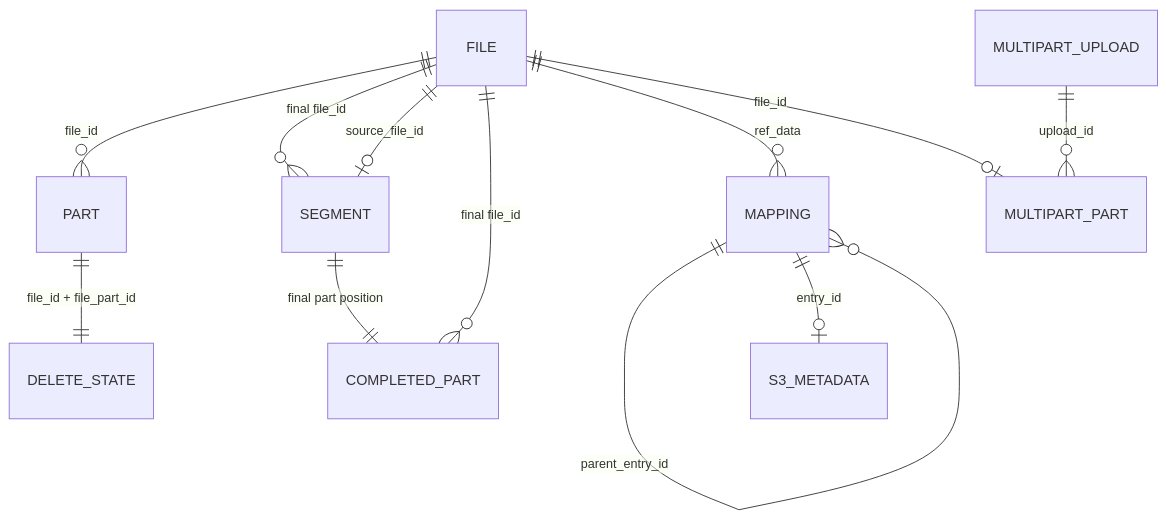
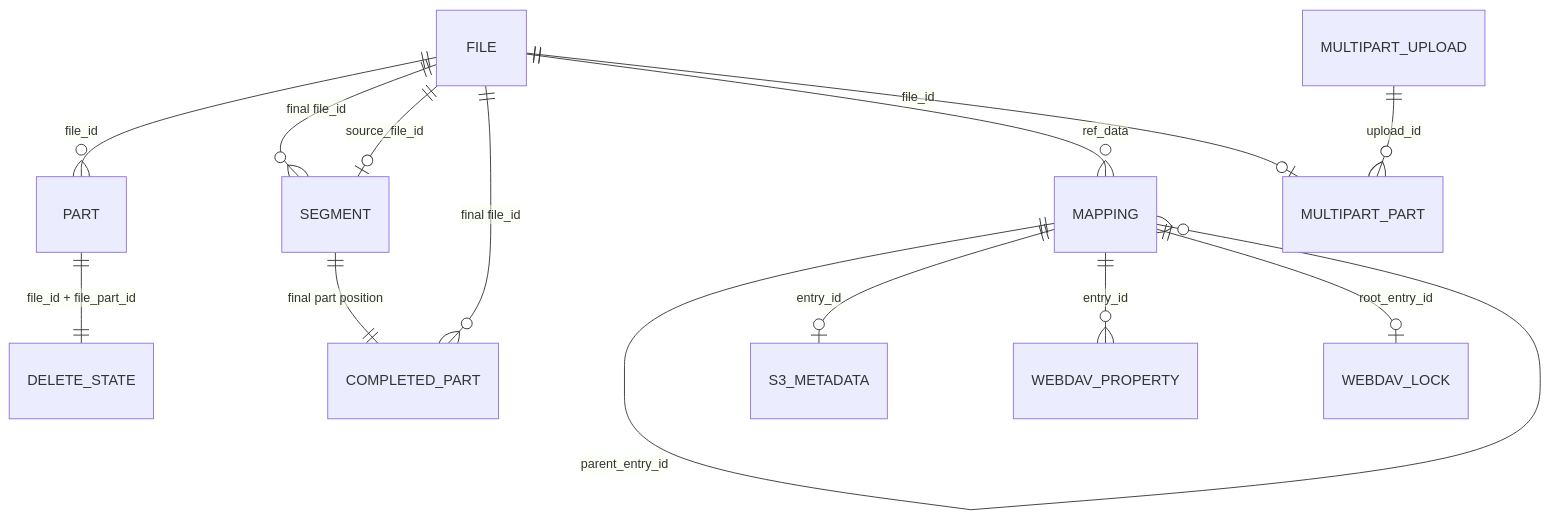
One commit to xxxsen/tgfile changed the first of 2 diagrams in docs/02-data-and-storage-model.md. Above: the diagram before and after it, drawn with Mermaid. The commit also changed other lines of this file and 41 other files, not shown here.

````diff
--- a/docs/02-data-and-storage-model.md
+++ b/docs/02-data-and-storage-model.md
@@ -9,14 +9,16 @@
 ```mermaid
 erDiagram
     FILE ||--o{ PART : "file_id"
     FILE ||--o{ SEGMENT : "final file_id"
     FILE ||--o| SEGMENT : "source_file_id"
     FILE ||--o{ COMPLETED_PART : "final file_id"
     SEGMENT ||--|| COMPLETED_PART : "final part position"
     FILE ||--o{ MAPPING : "ref_data"
     MAPPING ||--o{ MAPPING : "parent_entry_id"
     MAPPING ||--o| S3_METADATA : "entry_id"
+    MAPPING ||--o{ WEBDAV_PROPERTY : "entry_id"
+    MAPPING ||--o| WEBDAV_LOCK : "root_entry_id"
     PART ||--|| DELETE_STATE : "file_id + file_part_id"
     MULTIPART_UPLOAD ||--o{ MULTIPART_PART : "upload_id"
     FILE ||--o| MULTIPART_PART : "file_id"
 ```
````
